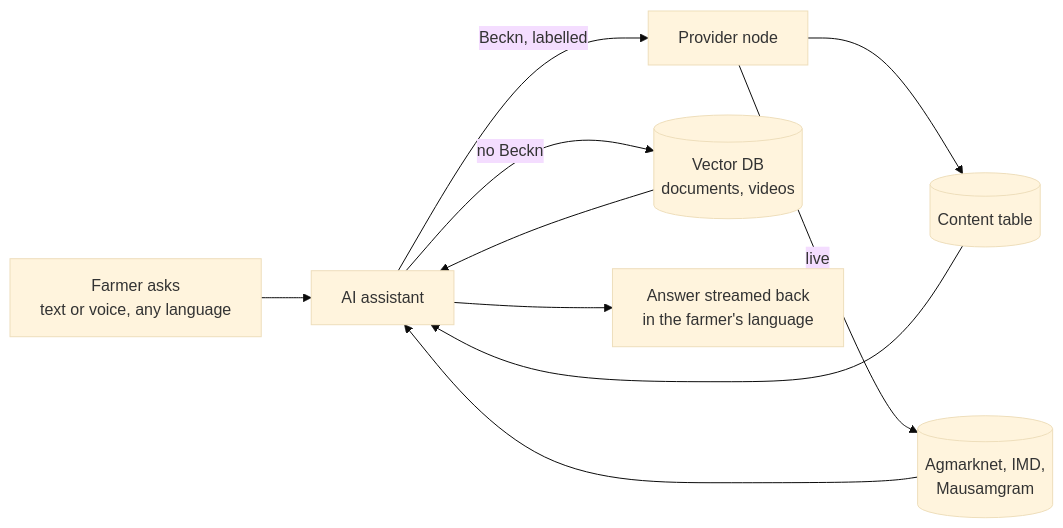
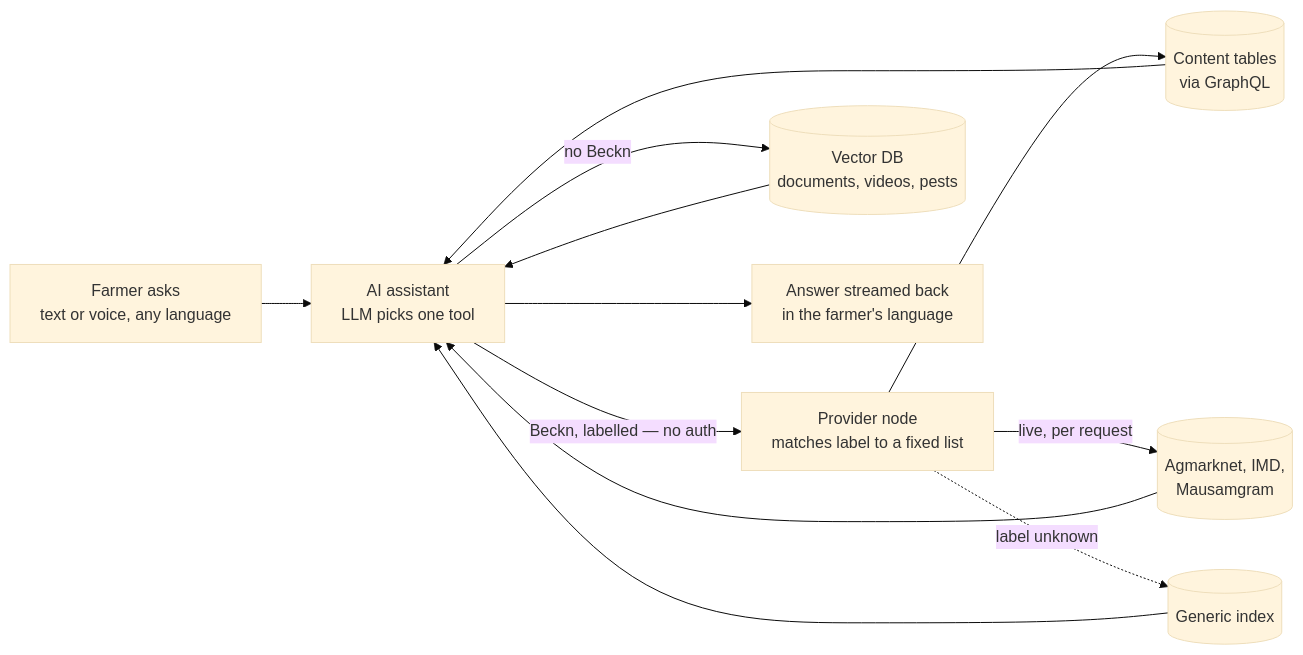
Before and after one commit to manjudr/documents: the fifth of 5 diagrams in ARCHITECTURE.md, drawn with Mermaid (base theme). The commit also changed other lines of this file, not shown here.

Commit message:
Complete publish and discover diagrams: auth, shared app, tables, fallthrough

````diff
--- a/ARCHITECTURE.md
+++ b/ARCHITECTURE.md
@@ -298,12 +306,14 @@
 ```mermaid
 graph LR
-  F["Farmer asks<br/>text or voice, any language"] --> A["AI assistant"]
-  A -->|"Beckn, labelled"| N["Provider node"]
-  N --> DB[("Content table")]
-  N -->|"live"| Gov[("Agmarknet, IMD,<br/>Mausamgram")]
-  A -->|"no Beckn"| V[("Vector DB<br/>documents, videos")]
+  F["Farmer asks<br/>text or voice, any language"] --> A["AI assistant<br/>LLM picks one tool"]
+  A -->|"Beckn, labelled — no auth"| N["Provider node<br/>matches label to a fixed list"]
+  N --> DB[("Content tables<br/>via GraphQL")]
+  N -->|"live, per request"| Gov[("Agmarknet, IMD,<br/>Mausamgram")]
+  N -.->|"label unknown"| GEN[("Generic index")]
+  A -->|"no Beckn"| V[("Vector DB<br/>documents, videos, pests")]
   DB --> A
   Gov --> A
+  GEN --> A
   V --> A
   A --> R["Answer streamed back<br/>in the farmer's language"]
 ```
````
